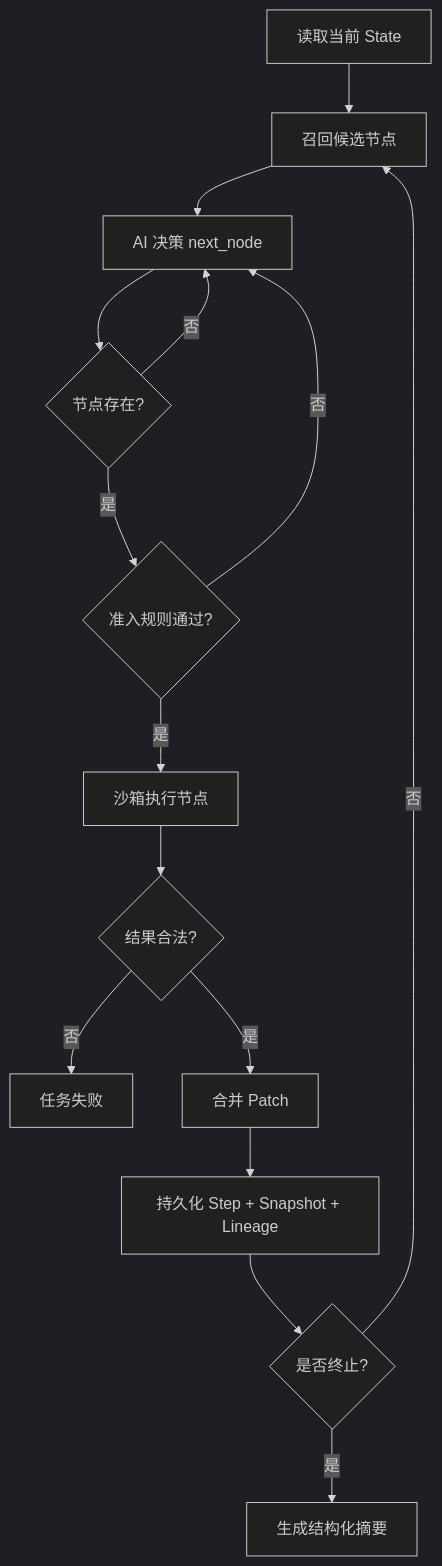
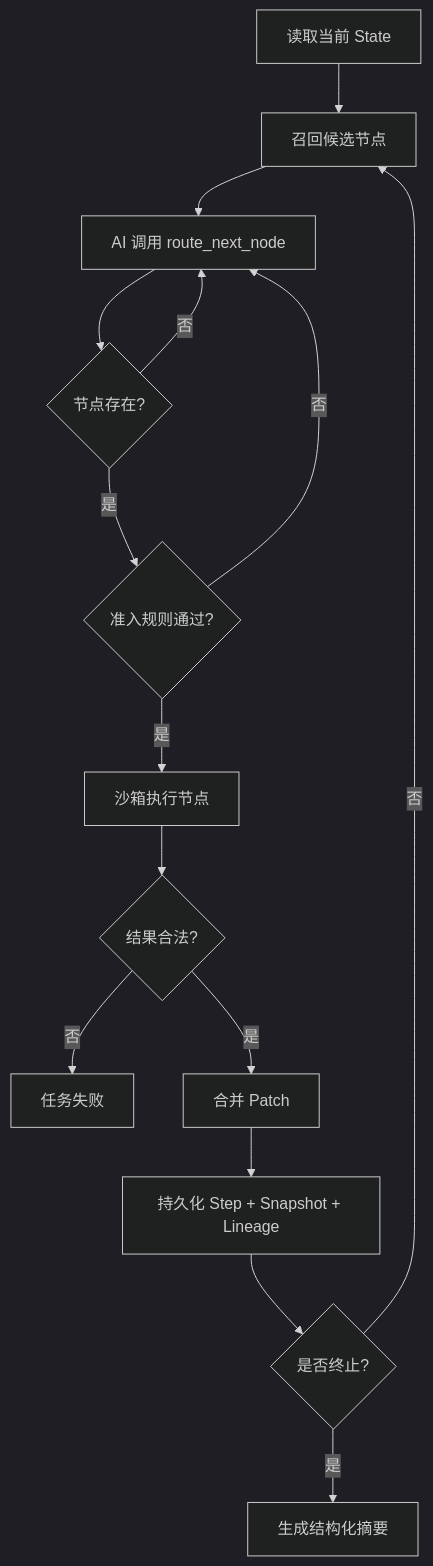
The first of 3 diagrams in docs/design.zh-CN.md (Yonsun-w/dynagent-go), drawn with Mermaid (dark theme) before and after one commit. The commit also changed other lines of this file and 24 other files, not shown here.

````diff
--- a/docs/design.zh-CN.md
+++ b/docs/design.zh-CN.md
@@ -119,17 +125,17 @@
 ```mermaid
 flowchart TD
     A[读取当前 State] --> B[召回候选节点]
-    B --> C[AI 决策 next_node]
+    B --> C[AI 调用 route_next_node]
     C --> D{节点存在?}
     D -- 否 --> C
     D -- 是 --> E{准入规则通过?}
     E -- 否 --> C
     E -- 是 --> F[沙箱执行节点]
     F --> G{结果合法?}
     G -- 否 --> H[任务失败]
     G -- 是 --> I[合并 Patch]
     I --> J[持久化 Step + Snapshot + Lineage]
     J --> K{是否终止?}
     K -- 否 --> B
     K -- 是 --> L[生成结构化摘要]
 ```
````
